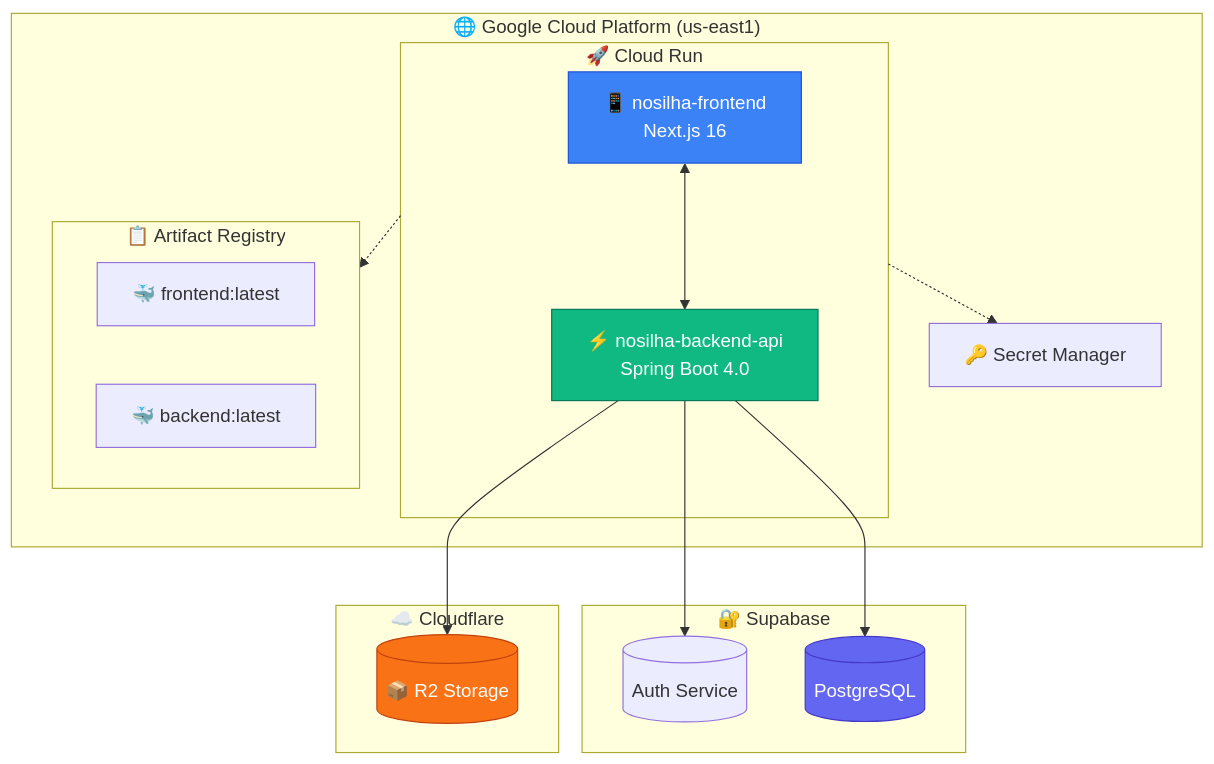
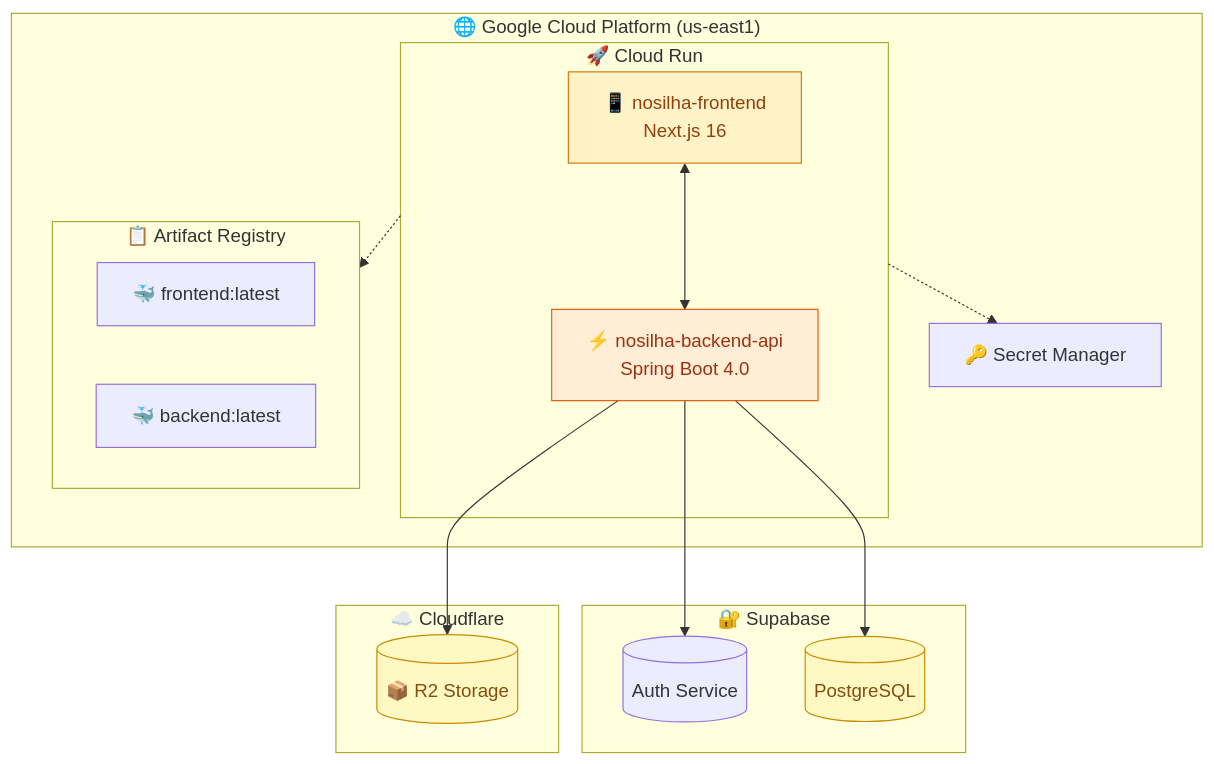
One commit to deznode/nosilha changed the sixth of 6 diagrams in docs/architecture.md. Above: the diagram before and after it, drawn with Mermaid. The commit also changed other lines of this file and 8 other files, not shown here.

````diff
--- a/docs/architecture.md
+++ b/docs/architecture.md
@@ -329,37 +329,37 @@
 ```mermaid
 flowchart TB
     subgraph GCP["🌐 Google Cloud Platform (us-east1)"]
         subgraph CloudRun["🚀 Cloud Run"]
             frontend["📱 nosilha-frontend\nNext.js 16"]
             backend["⚡ nosilha-backend-api\nSpring Boot 4.0"]
         end
 
         subgraph Registry["📋 Artifact Registry"]
             fe_image["🐳 frontend:latest"]
             be_image["🐳 backend:latest"]
         end
 
         secrets["🔑 Secret Manager"]
     end
 
     subgraph Supabase["🔐 Supabase"]
         auth[("Auth Service")]
         db[("PostgreSQL")]
     end
 
     subgraph Cloudflare["☁️ Cloudflare"]
         r2[("📦 R2 Storage")]
     end
 
     frontend <--> backend
     backend --> db
     backend --> auth
     backend --> r2
     CloudRun -.-> secrets
     CloudRun -.-> Registry
 
-    style frontend fill:#3b82f6,stroke:#1d4ed8,color:#fff
-    style backend fill:#10b981,stroke:#047857,color:#fff
-    style db fill:#6366f1,stroke:#4338ca,color:#fff
-    style r2 fill:#f97316,stroke:#c2410c,color:#fff
+    style frontend fill:#fef3c7,stroke:#d97706,color:#92400e
+    style backend fill:#ffedd5,stroke:#ea580c,color:#9a3412
+    style db fill:#fef9c3,stroke:#ca8a04,color:#854d0e
+    style r2 fill:#fef9c3,stroke:#ca8a04,color:#854d0e
 ```
````
